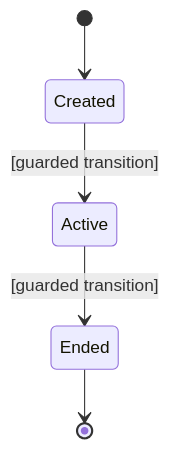
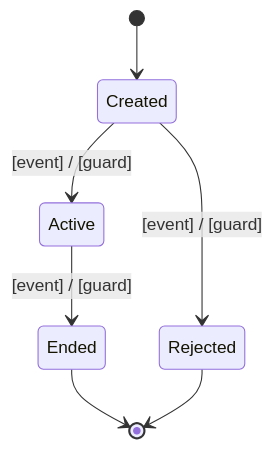
Before and after one commit to khoavu882/do-flow: the sixth of 6 diagrams in core/shared/templates/doflow/design-template.md, drawn with Mermaid. The commit also changed other lines of this file and 3 other files, not shown here.

First line of the commit message:
docs(guidance,templates): say what each diagram slot has to show

````diff
--- a/core/shared/templates/doflow/design-template.md
+++ b/core/shared/templates/doflow/design-template.md
@@ -173,7 +186,9 @@
 ```mermaid
 stateDiagram-v2
     [*] --> Created
-    Created --> Active: [guarded transition]
-    Active --> Ended: [guarded transition]
+    Created --> Active: [event] / [guard]
+    Created --> Rejected: [event] / [guard]
+    Active --> Ended: [event] / [guard]
     Ended --> [*]
+    Rejected --> [*]
 ```
````
